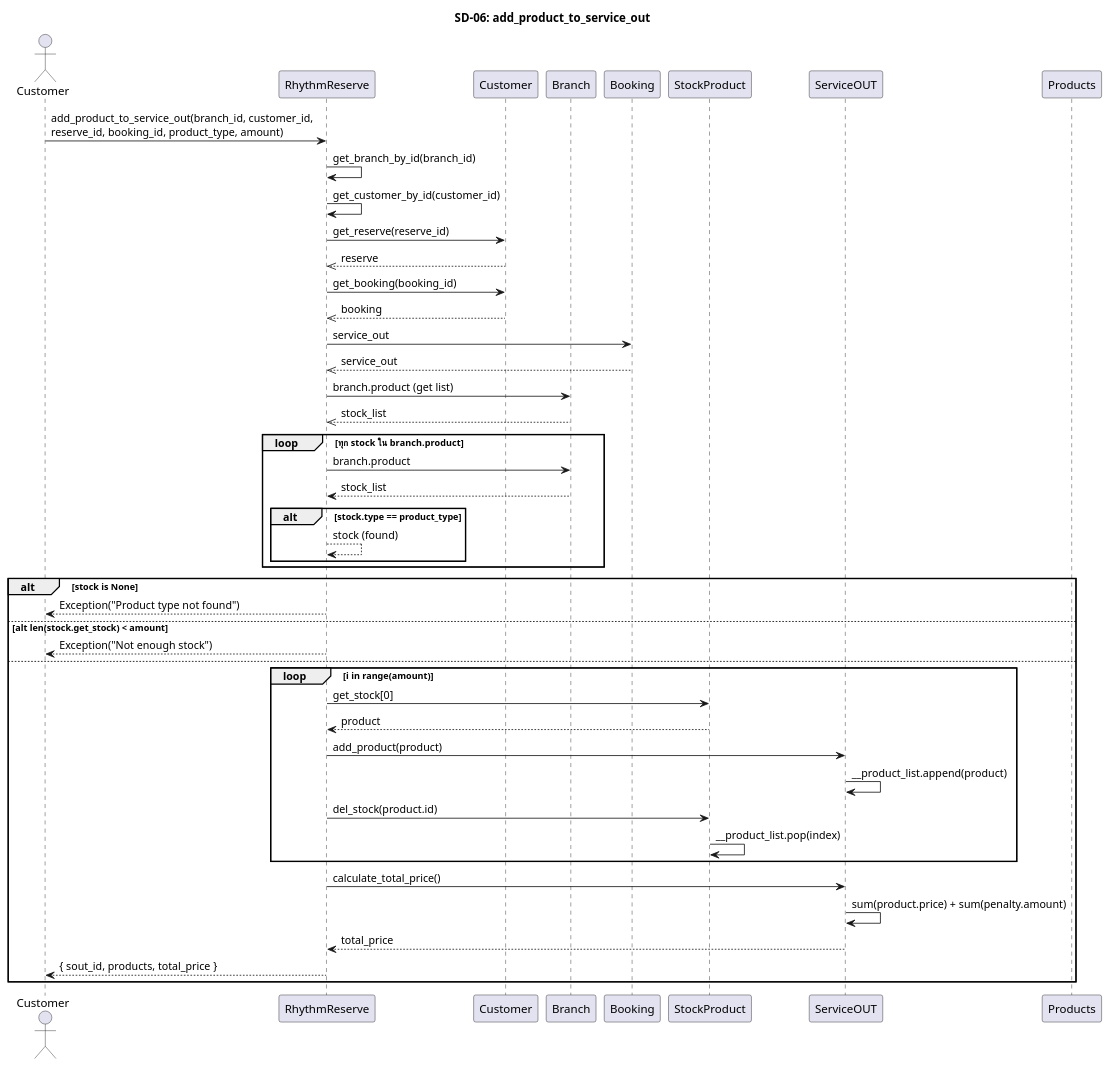
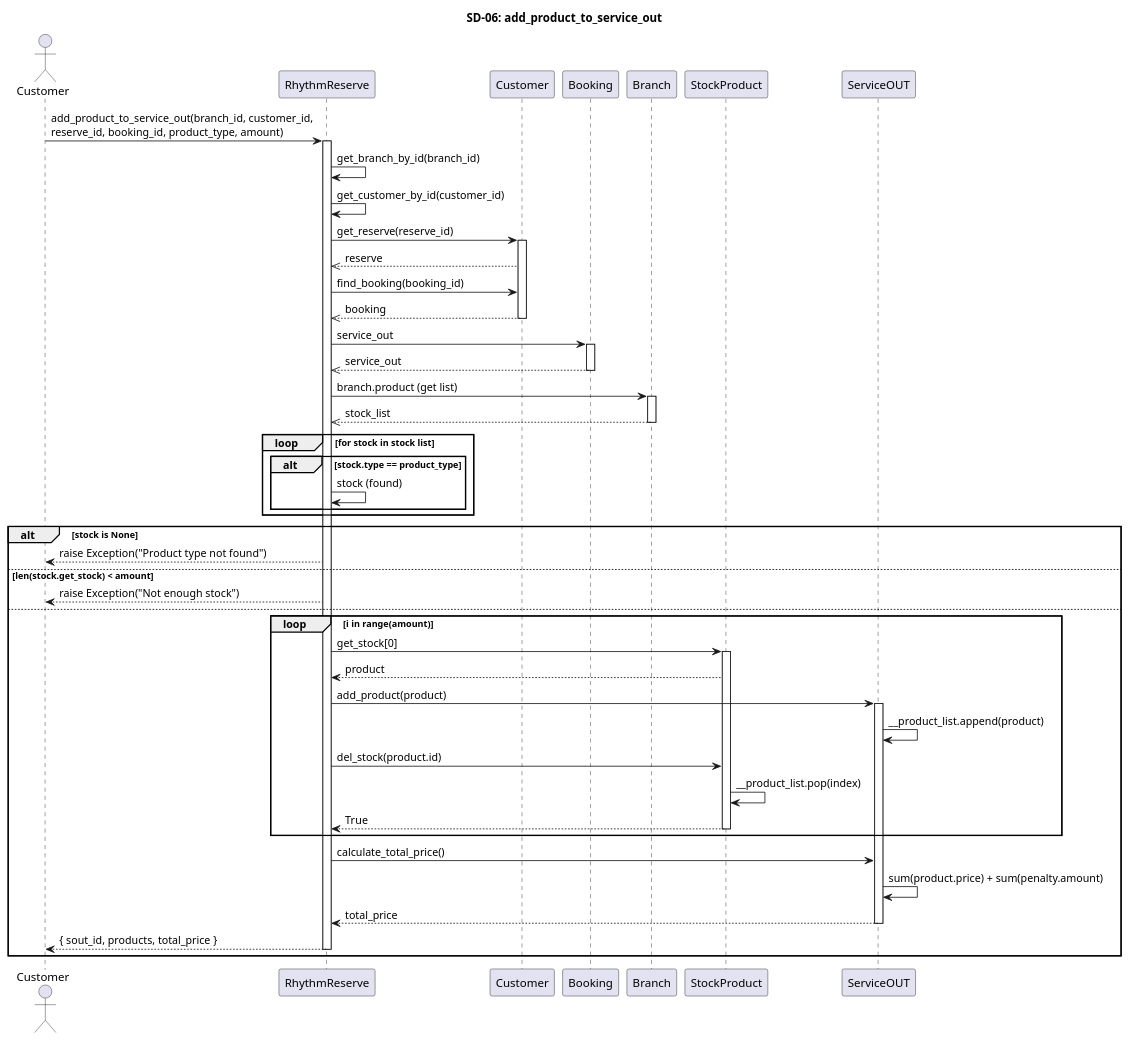
The diagram in diagram/sequence_diagram/9final_sequence/sd_06_add_product_to_service_out.puml (pjngth998/RhythmReserve), drawn with PlantUML before and after one commit. The commit also changed 2 other files, not shown here.

```diff
--- a/diagram/sequence_diagram/9final_sequence/sd_06_add_product_to_service_out.puml
+++ b/diagram/sequence_diagram/9final_sequence/sd_06_add_product_to_service_out.puml
@@ -1,69 +1,75 @@
 @startuml
 title SD-06: add_product_to_service_out
 
 actor Customer as C
 participant "RhythmReserve" as RR
 participant "Customer" as CUS
+participant "Booking" as BK
 participant "Branch" as BR
-participant "Booking" as BK
 participant "StockProduct" as STCK
 participant "ServiceOUT" as SOUT
-participant "Products" as PROD
 
 C -> RR : add_product_to_service_out(branch_id, customer_id,\nreserve_id, booking_id, product_type, amount)
-
+activate RR
 RR -> RR : get_branch_by_id(branch_id)
 RR -> RR : get_customer_by_id(customer_id)
 
 RR -> CUS : get_reserve(reserve_id)
-' activate CUS
+activate CUS
 CUS -->> RR : reserve
 ' deactivate CUS
 
-RR -> CUS : get_booking(booking_id)
+RR -> CUS : find_booking(booking_id)
 ' activate CUS
 CUS -->> RR : booking
-' deactivate CUS
+deactivate CUS
 
 RR -> BK : service_out
-' activate BK
+activate BK
 BK -->> RR : service_out
-' deactivate BK
+deactivate BK
 
 ' --- ค้นหา Stock ---
 RR -> BR : branch.product (get list)
+activate BR
 BR -->> RR : stock_list
+deactivate BR
 
 
-loop ทุก stock ใน branch.product
-    RR -> BR : branch.product
-    BR --> RR : stock_list
+loop for stock in stock list
     alt stock.type == product_type
-        RR --> RR : stock (found)
+        RR -> RR : stock (found)
     end
 end
 
 alt stock is None
-    RR --> C : Exception("Product type not found")
-else alt len(stock.get_stock) < amount
-    RR --> C : Exception("Not enough stock")
+    RR --> C : raise Exception("Product type not found")
+else len(stock.get_stock) < amount
+    RR --> C : raise Exception("Not enough stock")
 else
     loop i in range(amount)
         RR -> STCK : get_stock[0]
+        activate STCK
         STCK --> RR : product
 
         RR -> SOUT : add_product(product)
+        activate SOUT
         SOUT -> SOUT : __product_list.append(product)
 
         RR -> STCK : del_stock(product.id)
         STCK -> STCK : __product_list.pop(index)
+        STCK --> RR : True
+        deactivate STCK
     end
 
     RR -> SOUT : calculate_total_price()
     SOUT -> SOUT : sum(product.price) + sum(penalty.amount)
     SOUT --> RR : total_price
+    deactivate SOUT
 
     RR --> C : { sout_id, products, total_price }
+deactivate RR
 end
 
+
 @enduml
```
